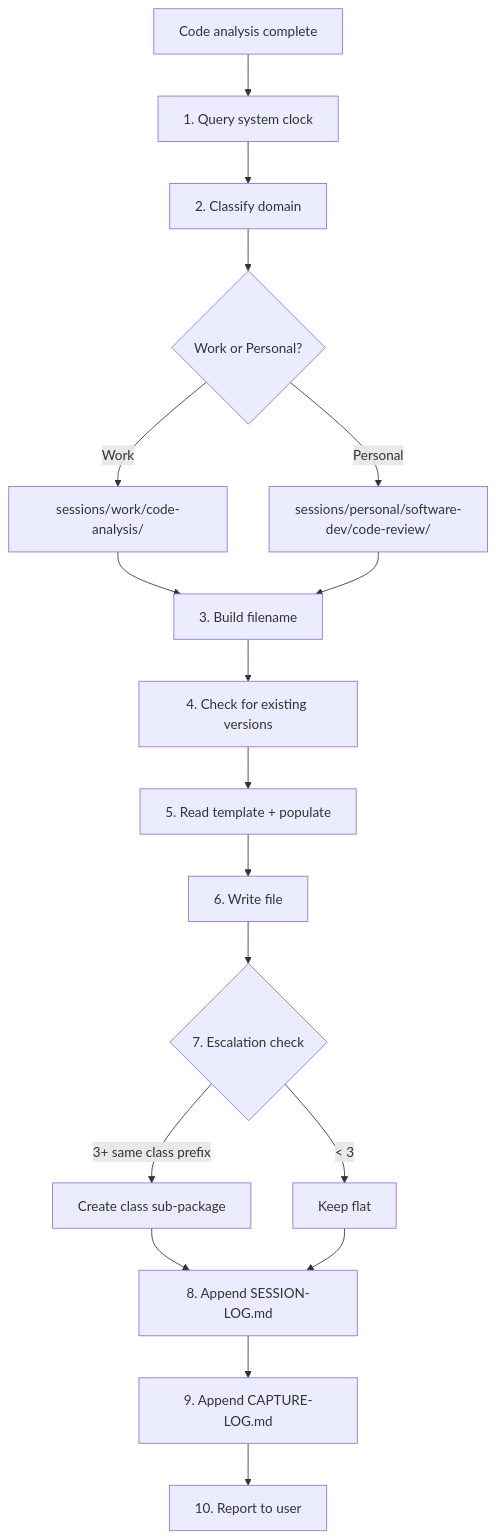
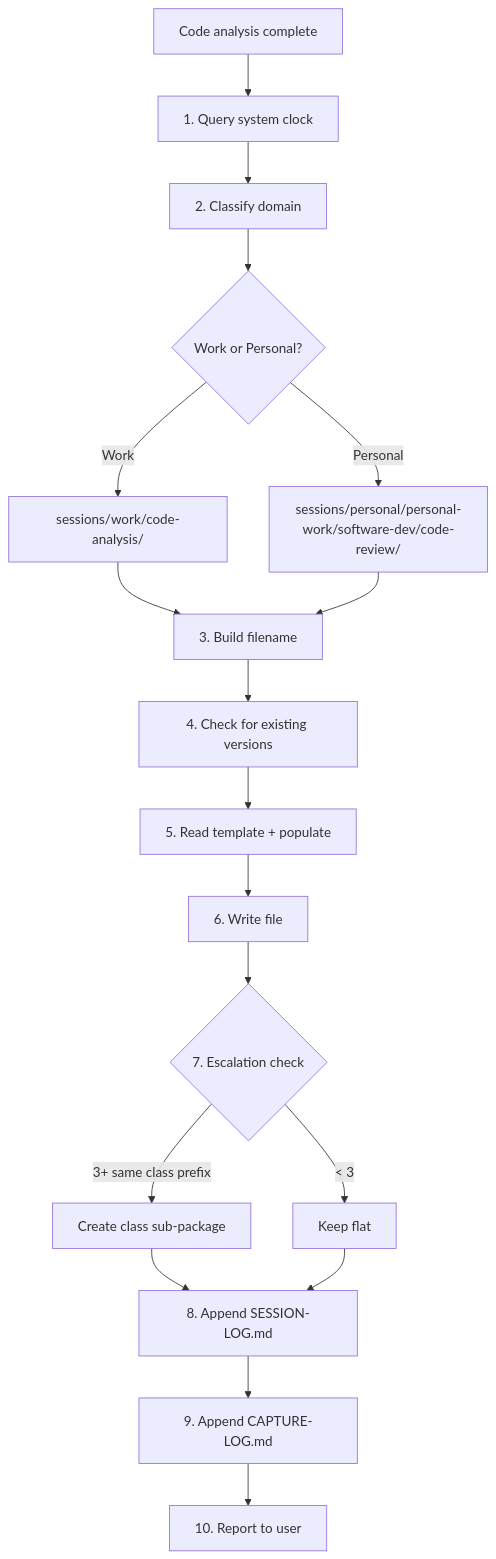
Before and after one commit to saharshpoddarorg/learning-assistant: the diagram in .github/prompts/code-analysis.prompt.md, drawn with Mermaid. The commit also changed other lines of this file and 15 other files, not shown here.

````diff
--- a/.github/prompts/code-analysis.prompt.md
+++ b/.github/prompts/code-analysis.prompt.md
@@ -106,20 +106,20 @@
 ```mermaid
 flowchart TD
     A[Code analysis complete] --> B[1. Query system clock]
     B --> C[2. Classify domain]
     C --> D{Work or Personal?}
     D -->|Work| E[sessions/work/code-analysis/]
-    D -->|Personal| F[sessions/personal/software-dev/code-review/]
+    D -->|Personal| F[sessions/personal/personal-work/software-dev/code-review/]
     E --> G[3. Build filename]
     F --> G
     G --> H[4. Check for existing versions]
     H --> I[5. Read template + populate]
     I --> J[6. Write file]
     J --> K{7. Escalation check}
     K -->|3+ same class prefix| L[Create class sub-package]
     K -->|< 3| M[Keep flat]
     L --> N[8. Append SESSION-LOG.md]
     M --> N
     N --> O[9. Append CAPTURE-LOG.md]
     O --> P[10. Report to user]
 ```
````
